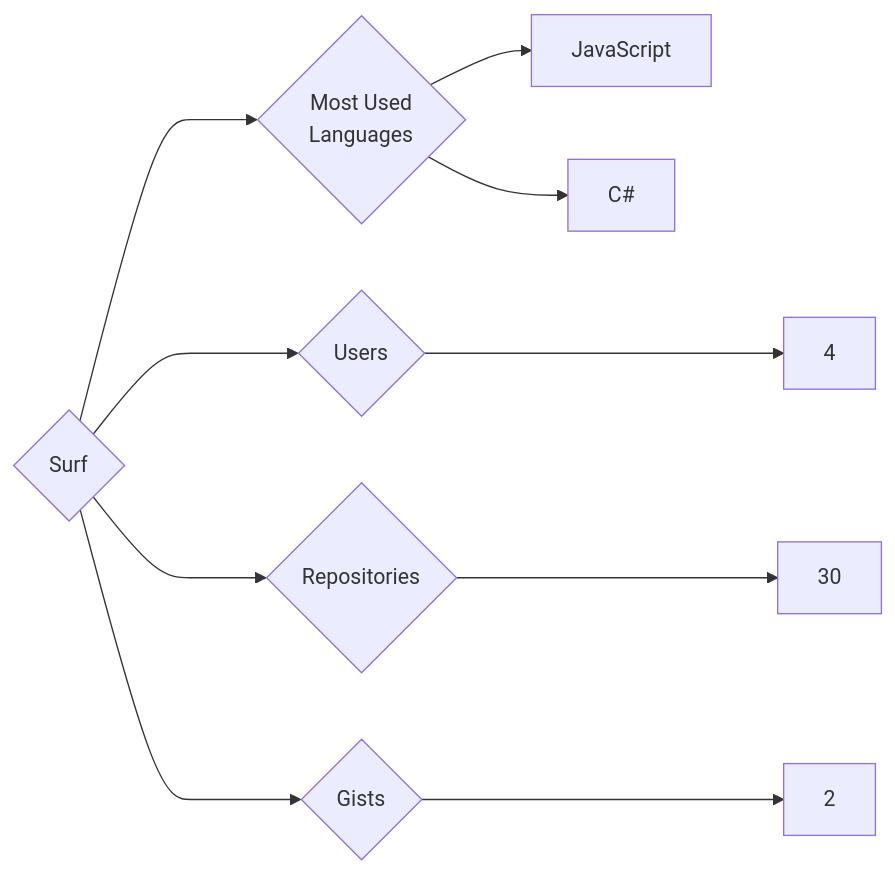
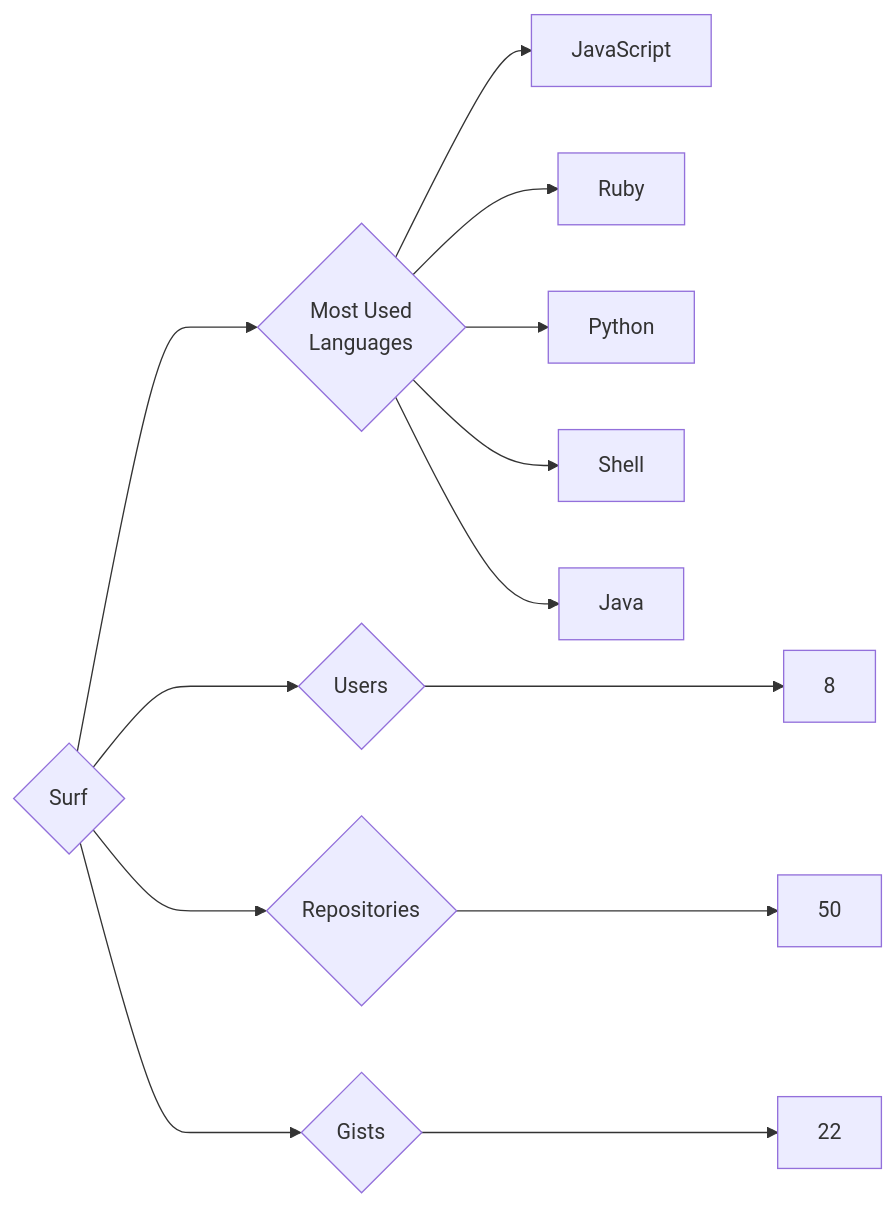
The diagram in targets/Surf/README.md (trickest/insiders), drawn with Mermaid before and after one commit. The commit also changed 948 other files, not shown here.

````diff
--- a/targets/Surf/README.md
+++ b/targets/Surf/README.md
@@ -3,10 +3,13 @@
 ```mermaid
 graph LR
 COMPANY_NAME{Surf}
-COMPANY_NAME ---> U{Users} ---> UN[4]
-COMPANY_NAME ---> R{Repositories} ---> RN[30]
-COMPANY_NAME ---> G{Gists} ---> GN[2]
+COMPANY_NAME ---> U{Users} ---> UN[8]
+COMPANY_NAME ---> R{Repositories} ---> RN[50]
+COMPANY_NAME ---> G{Gists} ---> GN[22]
 COMPANY_NAME ---> ML{Most Used<br>Languages}
 ML --> JavaScript[JavaScript]
-ML --> C#[C#]
+ML --> Ruby[Ruby]
+ML --> Python[Python]
+ML --> Shell[Shell]
+ML --> Java[Java]
 ```
````
